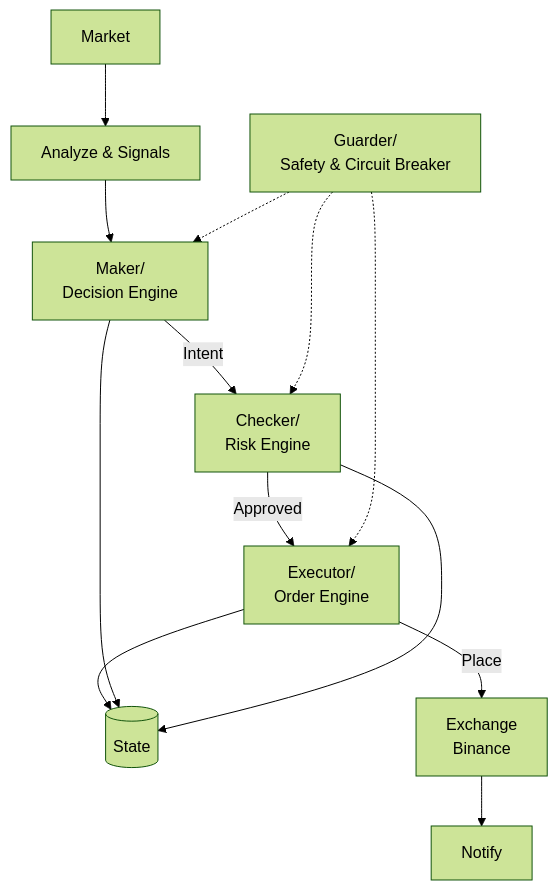
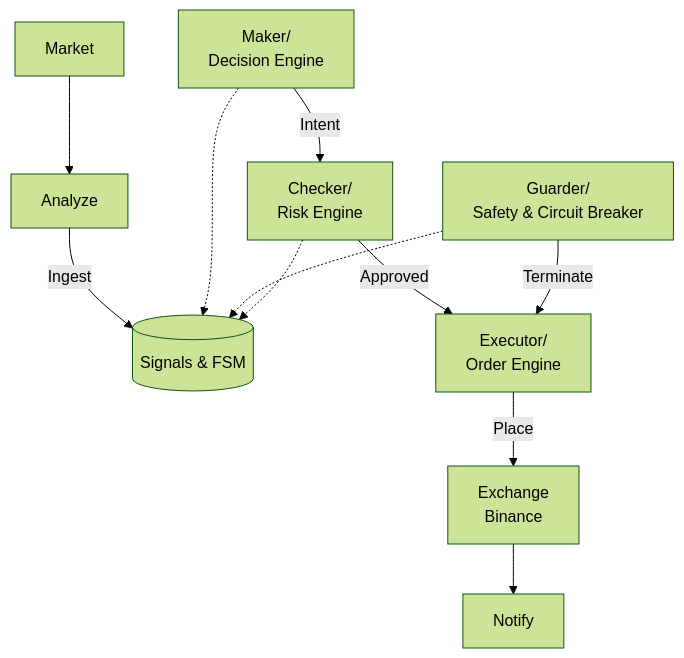
Before and after one commit to anvh2/futures-trading: the first of 4 diagrams in README.md, drawn with Mermaid (forest theme). The commit also changed other lines of this file and 33 other files, not shown here.

Commit message:
implement signal, maker, checker, executor

````diff
--- a/README.md
+++ b/README.md
@@ -7,27 +7,24 @@
 ```mermaid
 graph TD
     market[Market]
-    analyze[Analyze & Signals]
+    analyze[Analyze]
+    signals[(Signals & FSM)]
     maker[Maker/<br/>Decision Engine]
     checker[Checker/<br/>Risk Engine]
     executor[Executor/<br/>Order Engine]
     notify[Notify]
-    state[(State)]
     guarder[Guarder/<br/>Safety & Circuit Breaker]
     exchange[Exchange<br/>Binance]
 
-    market --> analyze --> maker
+    market --> analyze --> |Ingest| signals
     maker -->|Intent| checker
     checker -->|Approved| executor
     executor -->|Place| exchange
 
-    executor --> state
+    maker -.-> signals
+    guarder -.-> signals
+    checker -.-> signals
 
-    maker --> state
-    checker --> state
-
-    guarder -.-> maker
-    guarder -.-> checker
-    guarder -.-> executor
+    guarder --> |Terminate| executor
     exchange --> notify
 ```
````
